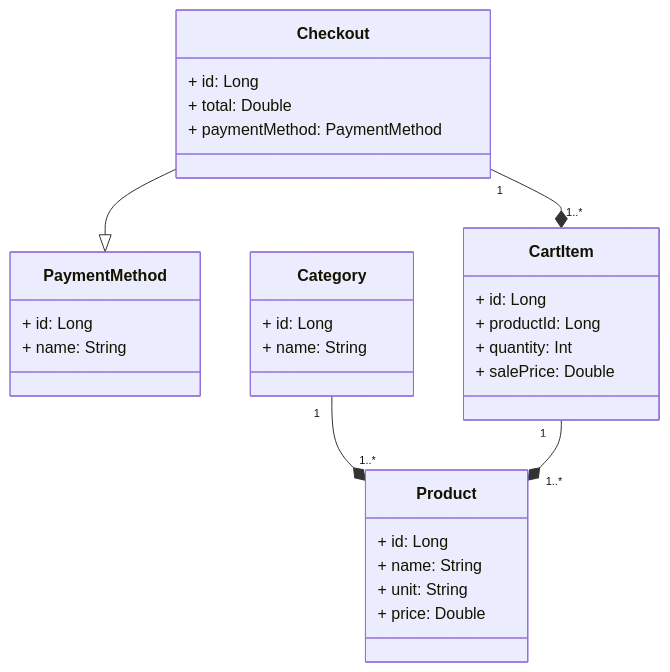
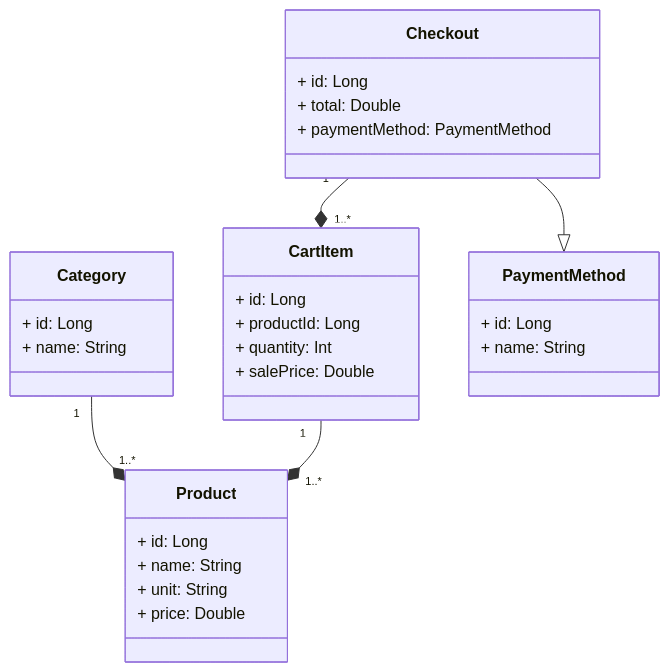
Before and after one commit to CaioZamana/santander-Java-backend-market-2023: the diagram in README.md, drawn with Mermaid.

````diff
--- a/README.md
+++ b/README.md
@@ -15,40 +15,41 @@
 ```mermaid
 classDiagram
-  class PaymentMethod {
-    + id: Long
-    + name: String
-  }
+
 
   class Category {
     + id: Long
     + name: String
   }
 
   class Product {
     + id: Long
     + name: String
     + unit: String
     + price: Double
   }
 
   class CartItem {
     + id: Long
     + productId: Long
     + quantity: Int
     + salePrice: Double
   }
 
   class Checkout {
     + id: Long
     + total: Double
     + paymentMethod: PaymentMethod
   }
 
+    class PaymentMethod {
+    + id: Long
+    + name: String
+  }
+
   Category "1" --* "1..*" Product
   CartItem "1" --* "1..*" Product
   Checkout "1" --* "1..*" CartItem
   Checkout --|> PaymentMethod
 
 
-
 ```
````
